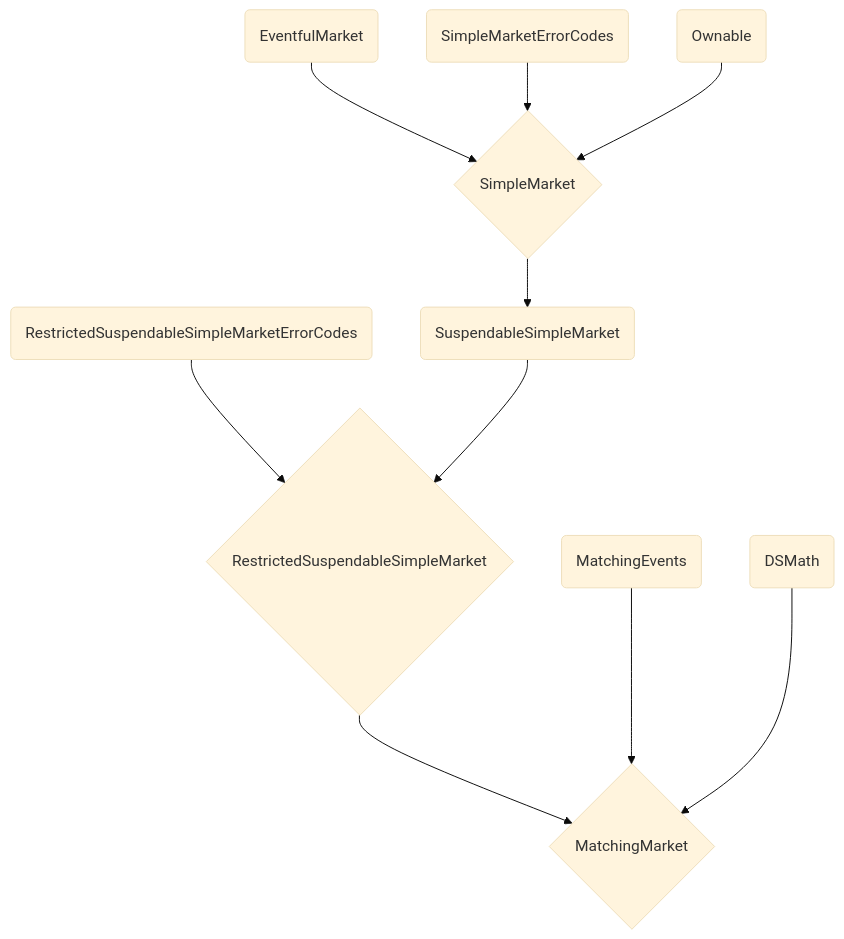
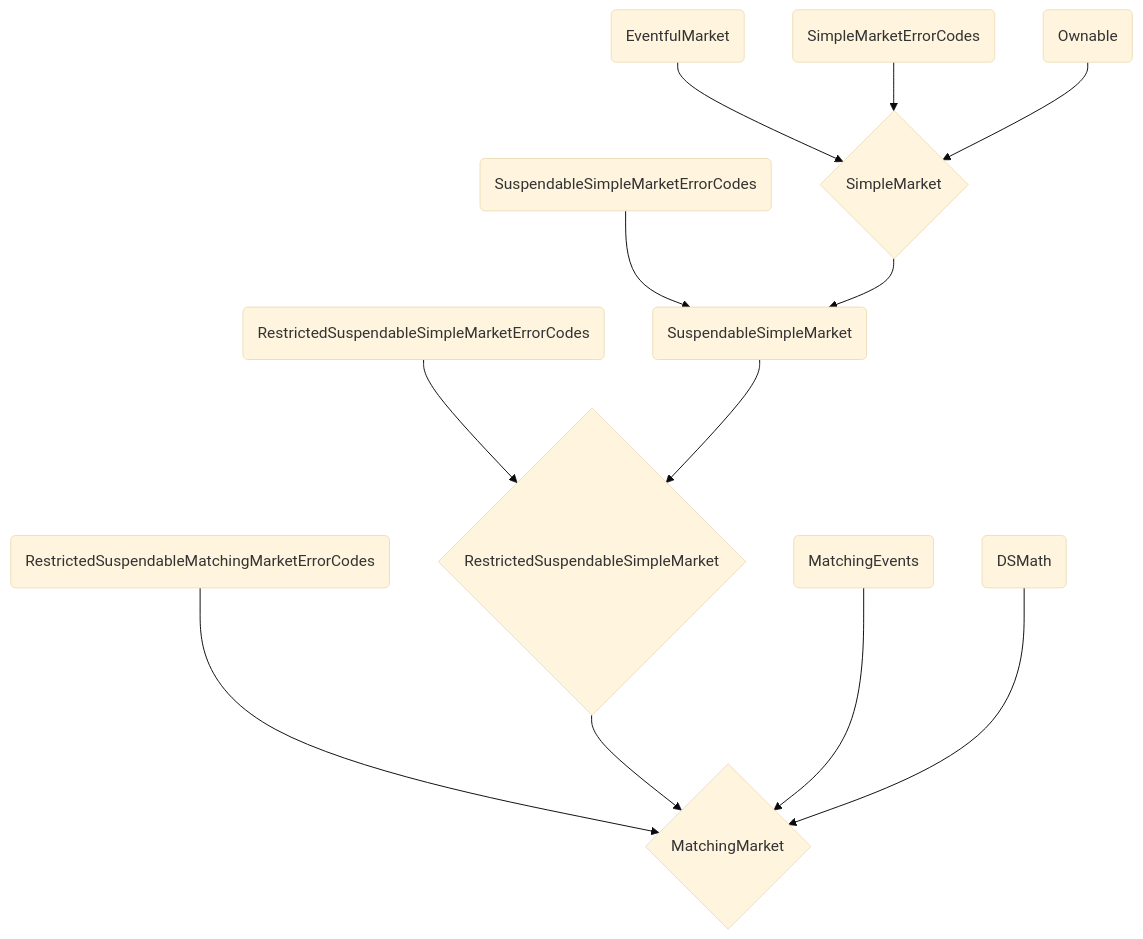
The diagram in readme.md (Le-Rucher-d-Apidae/maker-otc-fork-OpenZeppelin), drawn with Mermaid (base theme) before and after one commit.

````diff
--- a/readme.md
+++ b/readme.md
@@ -3,23 +3,27 @@
 ```mermaid
 graph TD;
 EV(EventfulMarket)
 ER(SimpleMarketErrorCodes)
 OW(Ownable)
 SMPL{SimpleMarket}
 SUSPSMPL(SuspendableSimpleMarket)
+ERRSUSP(SuspendableSimpleMarketErrorCodes)
 RER(RestrictedSuspendableSimpleMarketErrorCodes)
 RSUSPSMPL{RestrictedSuspendableSimpleMarket}
 MEV(MatchingEvents)
 DSM(DSMath)
 MM{MatchingMarket}
+ERRMM(RestrictedSuspendableMatchingMarketErrorCodes)
 EV --> SMPL
 ER --> SMPL
 OW --> SMPL
+ERRSUSP --> SUSPSMPL
 SMPL --> SUSPSMPL
 RER --> RSUSPSMPL
 SUSPSMPL --> RSUSPSMPL
+ERRMM --> MM
 RSUSPSMPL --> MM
 MEV --> MM
 DSM --> MM
 
 ```
````
